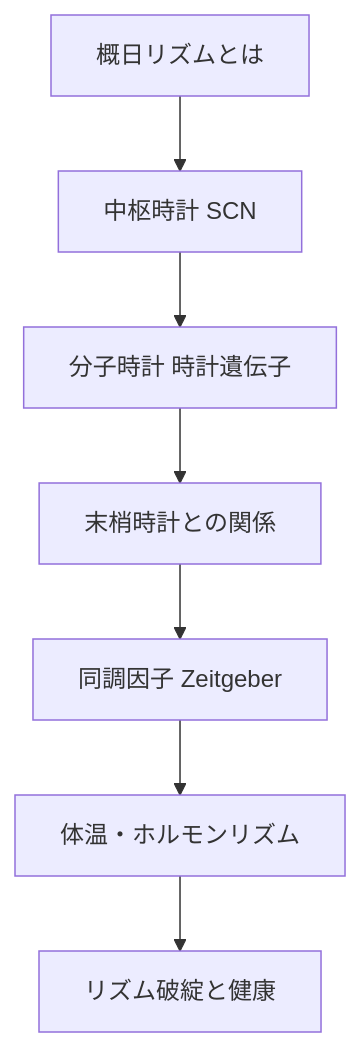
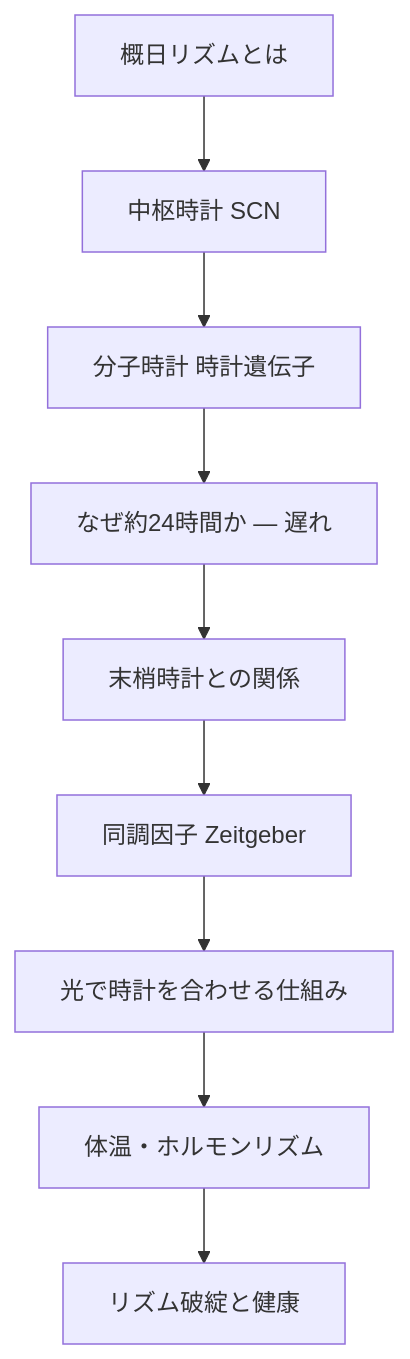
Before and after one commit to Nya-Sci/digital_brain_garden: the first of 4 diagrams in content/tale/勉強/概日リズム/01_概日リズムの基礎.md, drawn with Mermaid. The commit also changed other lines of this file and 3 other files, not shown here.

````diff
--- a/content/tale/勉強/概日リズム/01_概日リズムの基礎.md
+++ b/content/tale/勉強/概日リズム/01_概日リズムの基礎.md
@@ -22,9 +24,11 @@
 ```mermaid
 flowchart TD
     A[概日リズムとは] --> B[中枢時計 SCN]
     B --> C[分子時計 時計遺伝子]
-    C --> D[末梢時計との関係]
+    C --> C2[なぜ約24時間か ― 遅れ]
+    C2 --> D[末梢時計との関係]
     D --> E[同調因子 Zeitgeber]
-    E --> F[体温・ホルモンリズム]
+    E --> E2[光で時計を合わせる仕組み]
+    E2 --> F[体温・ホルモンリズム]
     F --> G[リズム破綻と健康]
 ```
````
